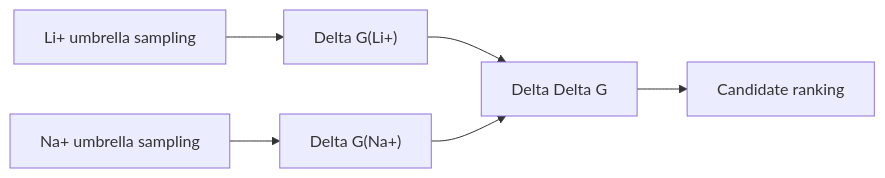
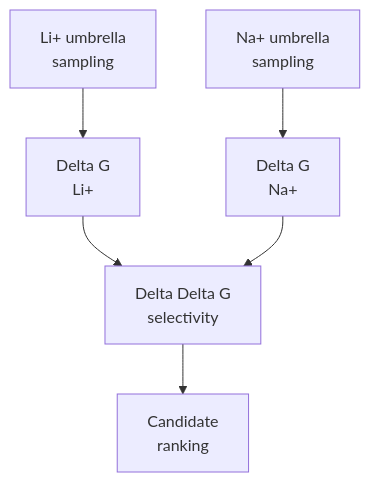
The diagram in 01_computational_discovery/pmf/README.md (jackyissocute/LiSPER), drawn with Mermaid before and after one commit. The commit also changed 64 other files, not shown here.

````diff
--- a/01_computational_discovery/pmf/README.md
+++ b/01_computational_discovery/pmf/README.md
@@ -21,8 +21,18 @@
 ```mermaid
-flowchart LR
-    A["Li+ umbrella sampling"] --> C["Delta G(Li+)"]
-    B["Na+ umbrella sampling"] --> D["Delta G(Na+)"]
-    C --> E["Delta Delta G"]
-    D --> E
-    E --> F["Candidate ranking"]
+flowchart TD
+    accTitle: PMF Ranking Logic
+    accDescr: PMF analysis compares Li and Na umbrella-sampling free energies to compute selectivity and rank candidate peptides.
+
+    li_umbrella["Li+ umbrella<br/>sampling"]
+    na_umbrella["Na+ umbrella<br/>sampling"]
+    li_delta_g["Delta G<br/>Li+"]
+    na_delta_g["Delta G<br/>Na+"]
+    selectivity["Delta Delta G<br/>selectivity"]
+    ranking["Candidate<br/>ranking"]
+
+    li_umbrella --> li_delta_g
+    na_umbrella --> na_delta_g
+    li_delta_g --> selectivity
+    na_delta_g --> selectivity
+    selectivity --> ranking
 ```
````
